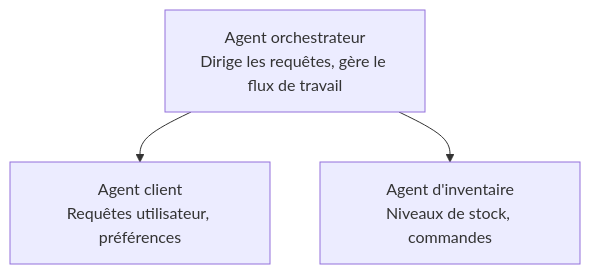
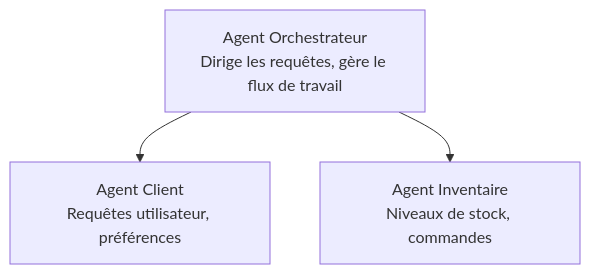
The diagram in translations/fr/docs/chapter-05-multi-agent/README.md (microsoft/AZD-for-beginners), drawn with Mermaid before and after one commit. The commit also changed other lines of this file and 99 other files, not shown here.

````diff
--- a/translations/fr/docs/chapter-05-multi-agent/README.md
+++ b/translations/fr/docs/chapter-05-multi-agent/README.md
@@ -50,5 +52,5 @@
 ```mermaid
 graph TD
-    Orchestrator[Agent orchestrateur<br/>Dirige les requêtes, gère le flux de travail] --> Customer[Agent client<br/>Requêtes utilisateur, préférences]
-    Orchestrator --> Inventory[Agent d'inventaire<br/>Niveaux de stock, commandes]
+    Orchestrator[Agent Orchestrateur<br/>Dirige les requêtes, gère le flux de travail] --> Customer[Agent Client<br/>Requêtes utilisateur, préférences]
+    Orchestrator --> Inventory[Agent Inventaire<br/>Niveaux de stock, commandes]
 ```
````
